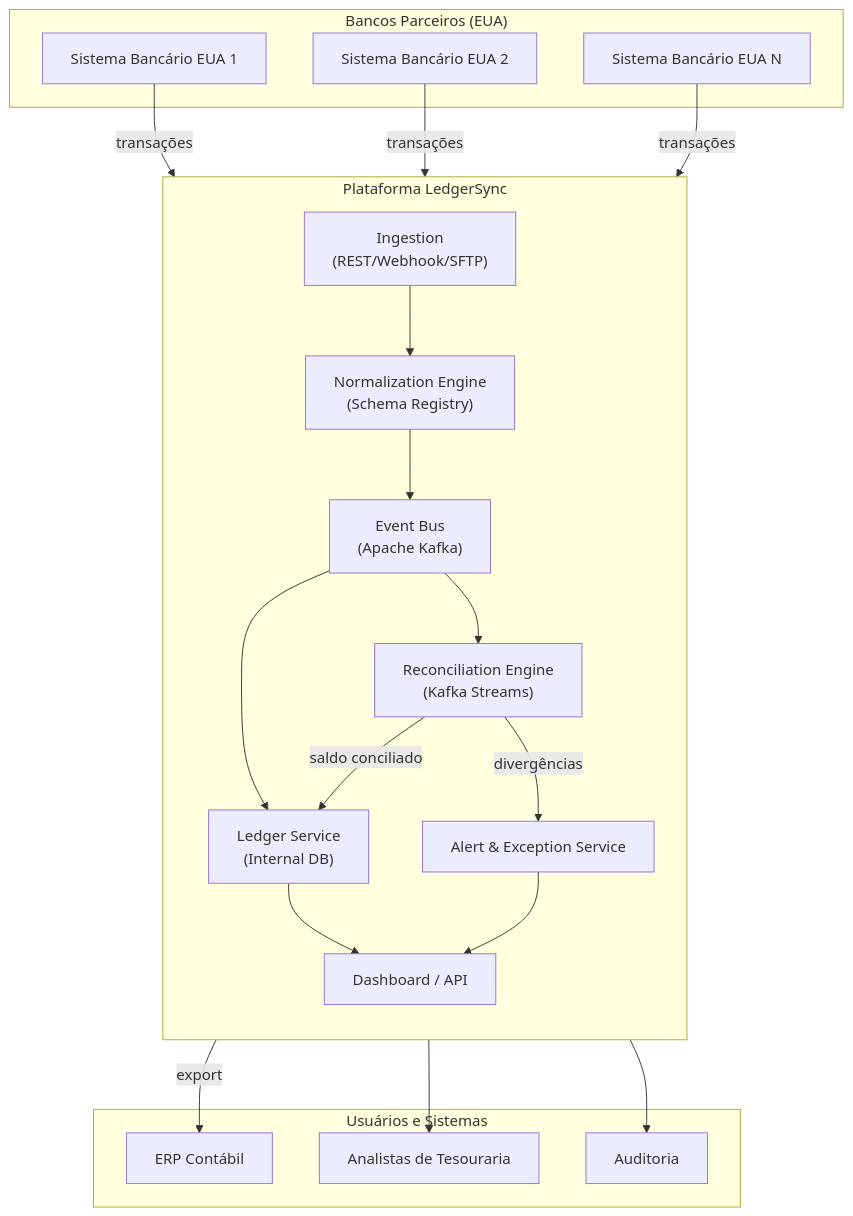
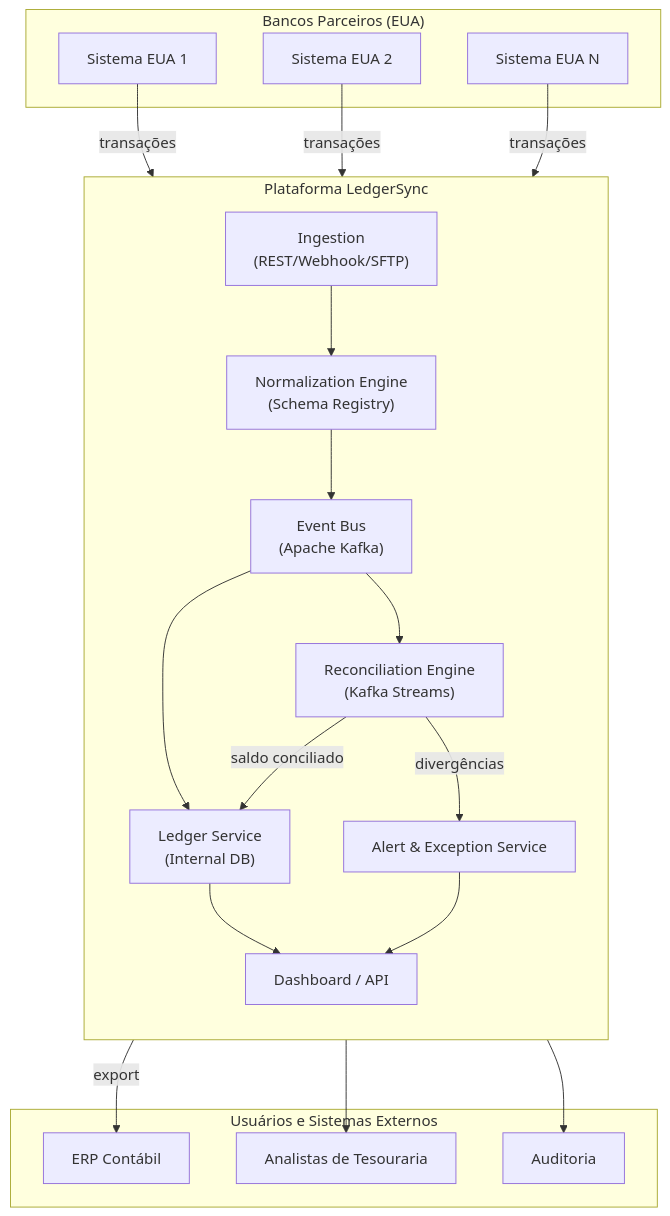
One commit to wrycaio/trabalho-fiap changed the first of 4 diagrams in README.md. Above: the diagram before and after it, drawn with Mermaid. The commit also changed other lines of this file, not shown here.

````diff
--- a/README.md
+++ b/README.md
@@ -117,38 +112,38 @@
 ```mermaid
 flowchart TB
     subgraph Bancos_Parceiros["Bancos Parceiros (EUA)"]
-        B1[Sistema Bancário EUA 1]
-        B2[Sistema Bancário EUA 2]
-        B3[Sistema Bancário EUA N]
+        B1[Sistema EUA 1]
+        B2[Sistema EUA 2]
+        B3[Sistema EUA N]
     end
 
     subgraph LedgerSync["Plataforma LedgerSync"]
         direction TB
         ING["Ingestion\n(REST/Webhook/SFTP)"]
         NORM["Normalization Engine\n(Schema Registry)"]
         EVB["Event Bus\n(Apache Kafka)"]
         REC["Reconciliation Engine\n(Kafka Streams)"]
         LED["Ledger Service\n(Internal DB)"]
         ALERT["Alert & Exception Service"]
         DASH["Dashboard / API"]
     end
 
-    subgraph Fora["Usuários e Sistemas"]
+    subgraph Externo["Usuários e Sistemas Externos"]
         ERP["ERP Contábil"]
         UI["Analistas de Tesouraria"]
         AUD["Auditoria"]
     end
 
     B1 & B2 & B3 -->|"transações"| ING
     ING --> NORM
     NORM --> EVB
     EVB --> REC
     EVB --> LED
     REC -->|"divergências"| ALERT
     REC -->|"saldo conciliado"| LED
     LED --> DASH
     ALERT --> DASH
     DASH --> UI
     DASH --> AUD
     LED -->|"export"| ERP
 ```
````
